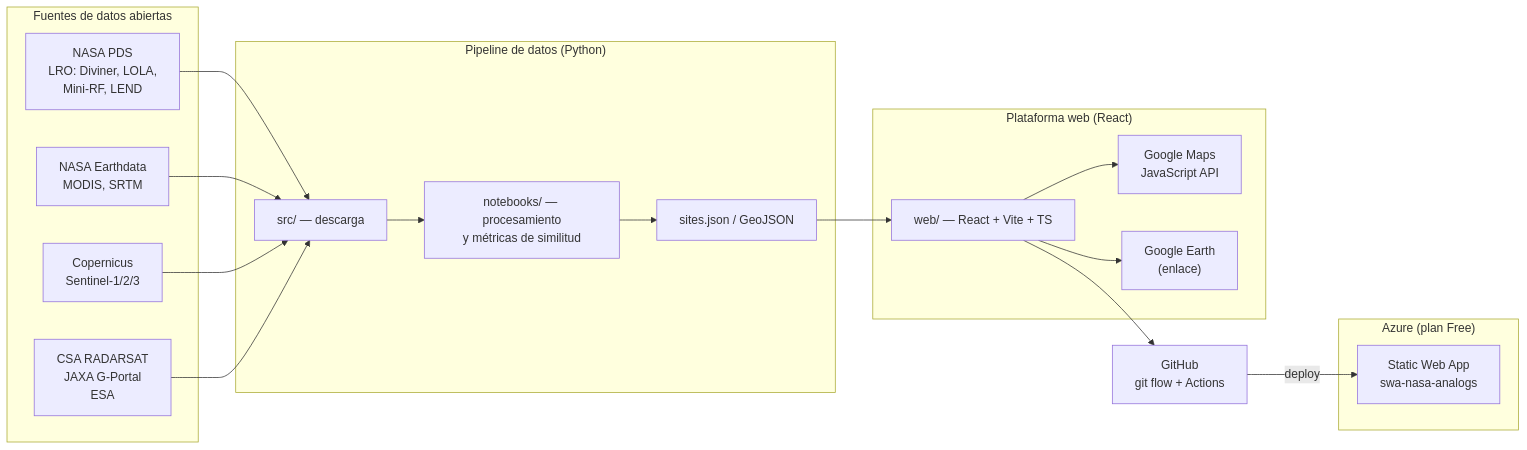
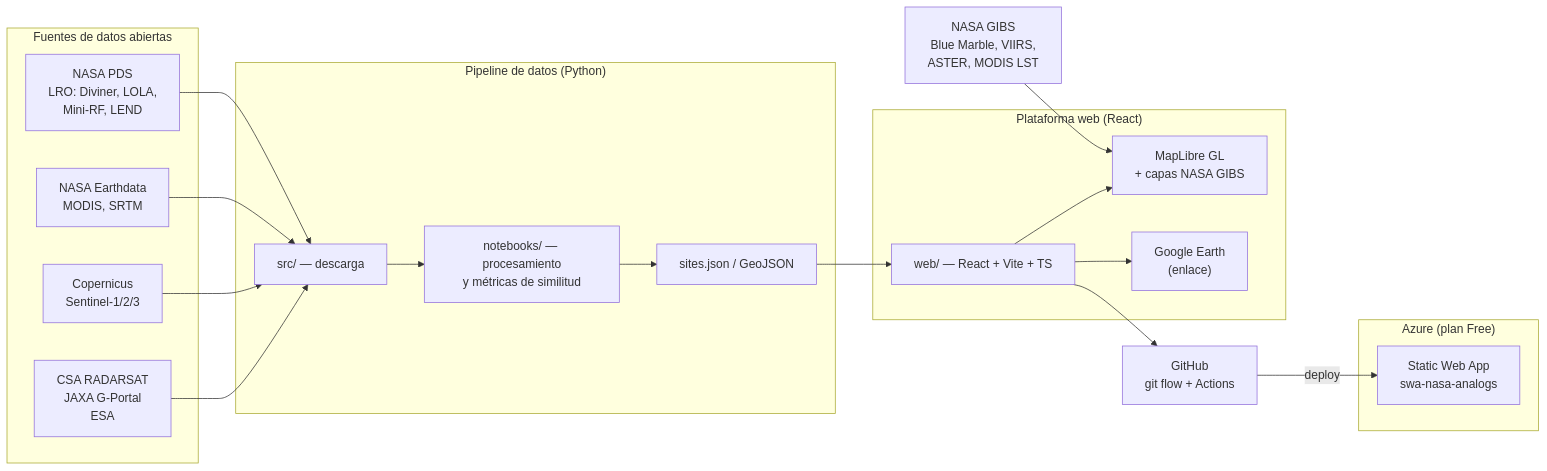
Before and after one commit to Mabeltranpe1/NASA_SPACE_APPS_2026: the first of 2 diagrams in docs/ARQUITECTURA.md, drawn with Mermaid. The commit also changed other lines of this file and 11 other files, not shown here.

First line of the commit message:
feat: mapa con MapLibre y capas de NASA GIBS en lugar de Google Maps

````diff
--- a/docs/ARQUITECTURA.md
+++ b/docs/ARQUITECTURA.md
@@ -5,36 +5,37 @@
 ```mermaid
 flowchart LR
     subgraph Fuentes["Fuentes de datos abiertas"]
         PDS["NASA PDS<br/>LRO: Diviner, LOLA,<br/>Mini-RF, LEND"]
         EARTH["NASA Earthdata<br/>MODIS, SRTM"]
         COP["Copernicus<br/>Sentinel-1/2/3"]
         OTROS["CSA RADARSAT<br/>JAXA G-Portal<br/>ESA"]
     end
 
     subgraph Pipeline["Pipeline de datos (Python)"]
         DL["src/ — descarga"]
         PROC["notebooks/ — procesamiento<br/>y métricas de similitud"]
         OUT["sites.json / GeoJSON"]
     end
 
     subgraph Web["Plataforma web (React)"]
         APP["web/ — React + Vite + TS"]
-        MAPS["Google Maps<br/>JavaScript API"]
+        MAPS["MapLibre GL<br/>+ capas NASA GIBS"]
         GE["Google Earth<br/>(enlace)"]
     end
 
     subgraph Azure["Azure (plan Free)"]
         SWA["Static Web App<br/>swa-nasa-analogs"]
     end
 
     GH["GitHub<br/>git flow + Actions"]
 
     PDS --> DL
     EARTH --> DL
     COP --> DL
     OTROS --> DL
     DL --> PROC --> OUT --> APP
+    GIBS["NASA GIBS<br/>Blue Marble, VIIRS,<br/>ASTER, MODIS LST"] --> MAPS
     APP --> MAPS
     APP --> GE
     APP --> GH -->|deploy| SWA
 ```
````
